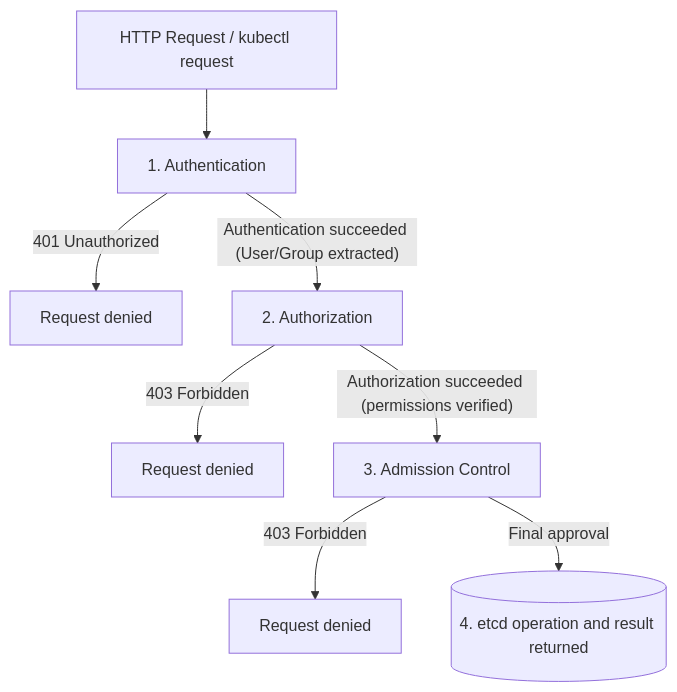
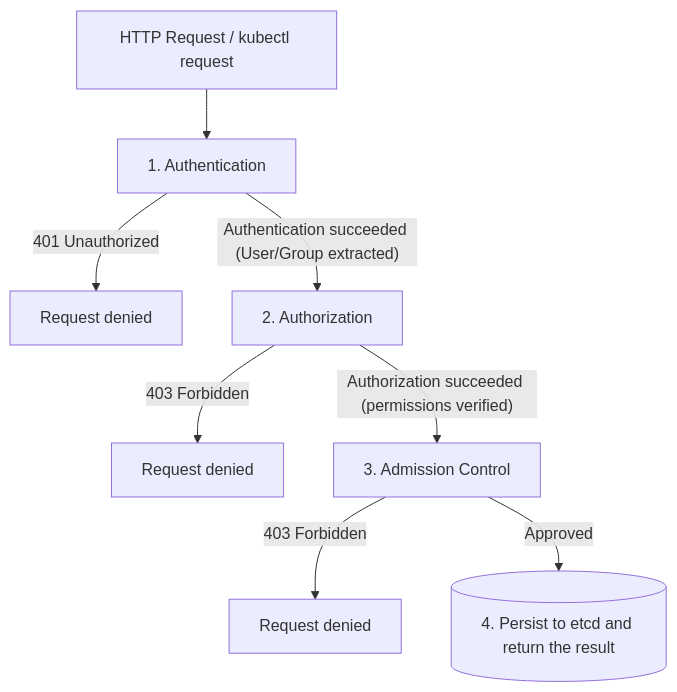
The diagram in content/security/02-architecture/20-api-server-auth-plugins.md (jeonck/k8s-adv), drawn with Mermaid before and after one commit. The commit also changed other lines of this file and 53 other files, not shown here.

````diff
--- a/content/security/02-architecture/20-api-server-auth-plugins.md
+++ b/content/security/02-architecture/20-api-server-auth-plugins.md
@@ -15,12 +15,12 @@
 ```mermaid
 flowchart TD
     Request["HTTP Request / kubectl request"] --> AuthN["1. Authentication"]
     AuthN -- "401 Unauthorized" --> Deny1[Request denied]
     AuthN -- "Authentication succeeded (User/Group extracted)" --> AuthZ["2. Authorization"]
     
     AuthZ -- "403 Forbidden" --> Deny2[Request denied]
     AuthZ -- "Authorization succeeded (permissions verified)" --> Admission["3. Admission Control"]
     
     Admission -- "403 Forbidden" --> Deny3[Request denied]
-    Admission -- "Final approval" --> ETCD[("4. etcd operation and result returned")]
+    Admission -- "Approved" --> ETCD[("4. Persist to etcd and return the result")]
 ```
````
